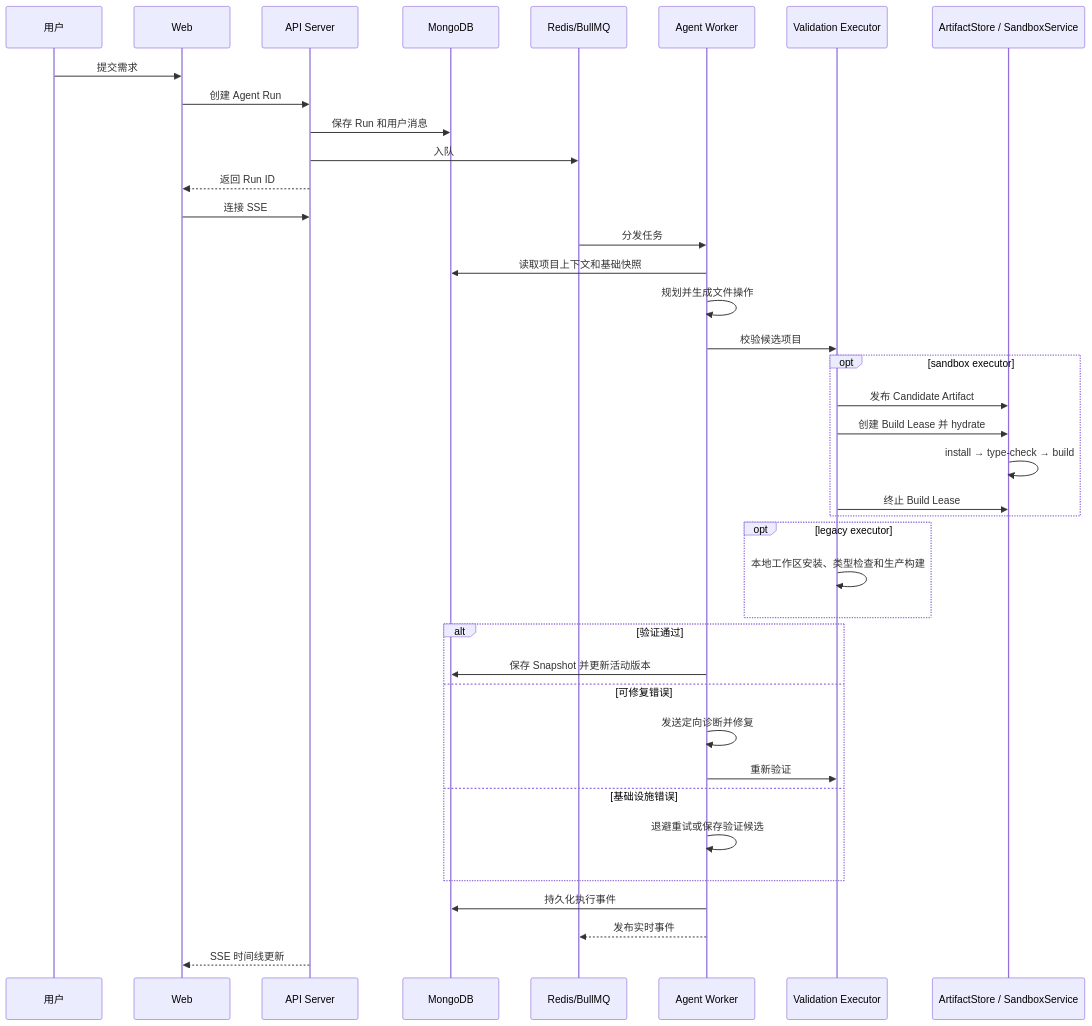
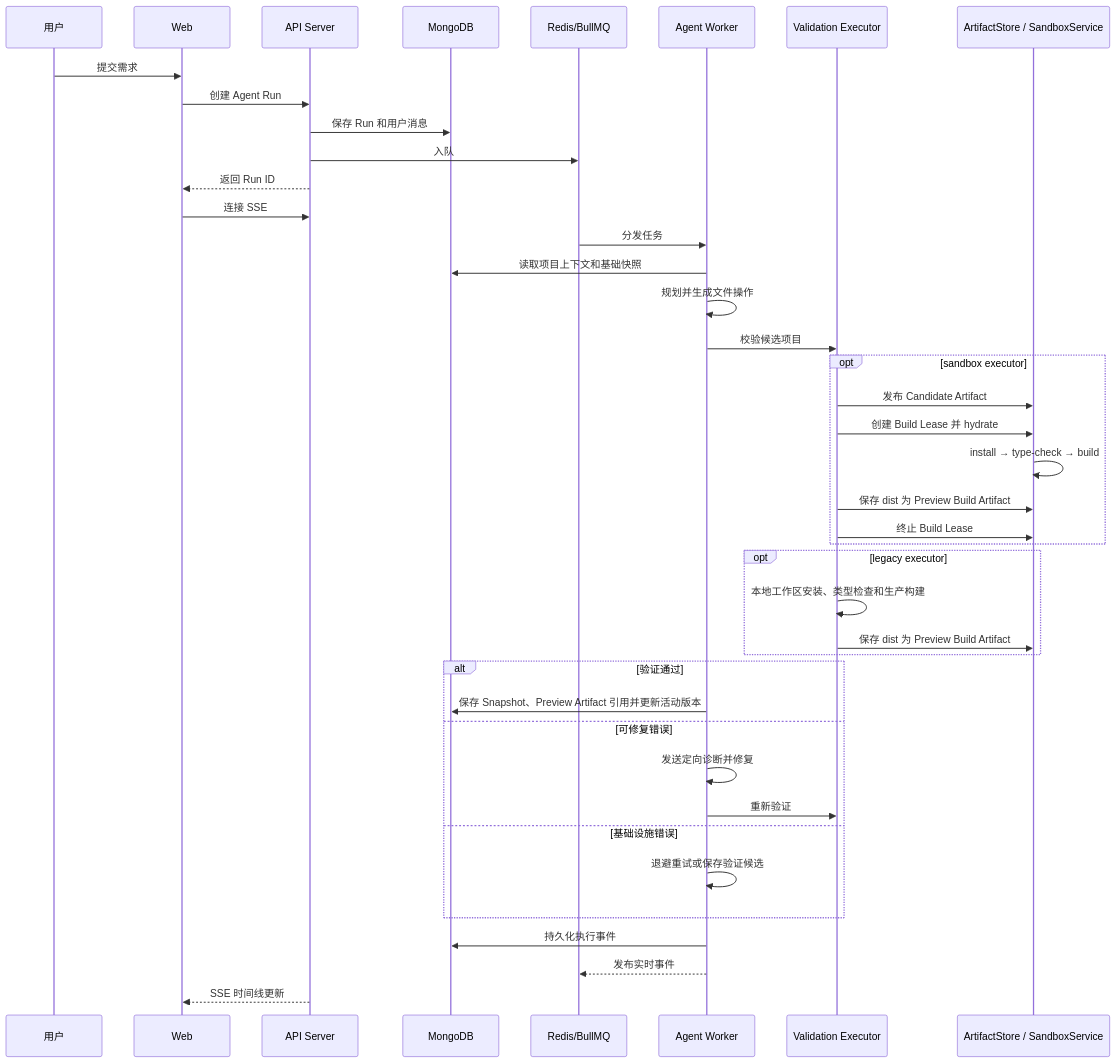
The diagram in docs/architecture.md (leedj8886/ai-app-builder-foundation), drawn with Mermaid before and after one commit. The commit also changed other lines of this file and 46 other files, not shown here.

````diff
--- a/docs/architecture.md
+++ b/docs/architecture.md
@@ -36,42 +37,44 @@
 ```mermaid
 sequenceDiagram
     participant U as 用户
     participant W as Web
     participant A as API Server
     participant M as MongoDB
     participant Q as Redis/BullMQ
     participant R as Agent Worker
     participant V as Validation Executor
     participant S as ArtifactStore / SandboxService
 
     U->>W: 提交需求
     W->>A: 创建 Agent Run
     A->>M: 保存 Run 和用户消息
     A->>Q: 入队
     A-->>W: 返回 Run ID
     W->>A: 连接 SSE
     Q->>R: 分发任务
     R->>M: 读取项目上下文和基础快照
     R->>R: 规划并生成文件操作
     R->>V: 校验候选项目
     opt sandbox executor
         V->>S: 发布 Candidate Artifact
         V->>S: 创建 Build Lease 并 hydrate
         S->>S: install → type-check → build
+        V->>S: 保存 dist 为 Preview Build Artifact
         V->>S: 终止 Build Lease
     end
     opt legacy executor
         V->>V: 本地工作区安装、类型检查和生产构建
+        V->>S: 保存 dist 为 Preview Build Artifact
     end
     alt 验证通过
-        R->>M: 保存 Snapshot 并更新活动版本
+        R->>M: 保存 Snapshot、Preview Artifact 引用并更新活动版本
     else 可修复错误
         R->>R: 发送定向诊断并修复
         R->>V: 重新验证
     else 基础设施错误
         R->>R: 退避重试或保存验证候选
     end
     R->>M: 持久化执行事件
     R-->>Q: 发布实时事件
     A-->>W: SSE 时间线更新
 ```
````
